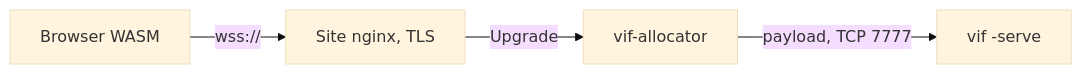
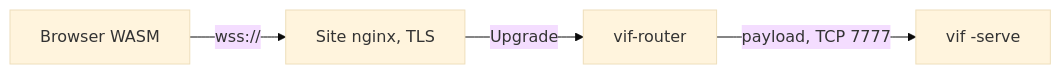
Before and after one commit to lixenwraith/vif: the diagram in doc/multi-platform.md, drawn with Mermaid (base theme). The commit also changed other lines of this file and 125 other files, not shown here.

Commit message:
Install in place, grid cell list, relay fixes, doors via vif-router (#837)

````diff
--- a/doc/multi-platform.md
+++ b/doc/multi-platform.md
@@ -273,6 +273,6 @@
 ```mermaid
 flowchart LR
     Browser["Browser WASM"] -->|"wss://"| Nginx["Site nginx, TLS"]
-    Nginx -->|"Upgrade"| Allocator["vif-allocator"]
-    Allocator -->|"payload, TCP 7777"| Pod["vif -serve"]
+    Nginx -->|"Upgrade"| Router["vif-router"]
+    Router -->|"payload, TCP 7777"| Pod["vif -serve"]
 ```
````
